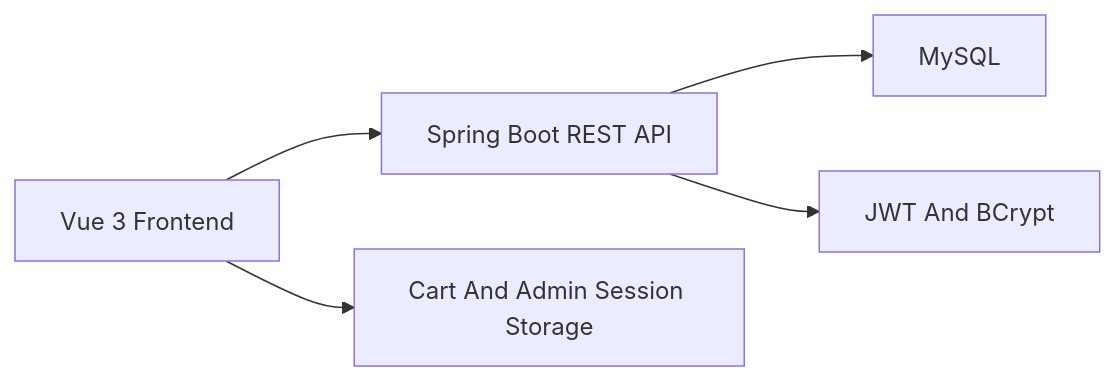
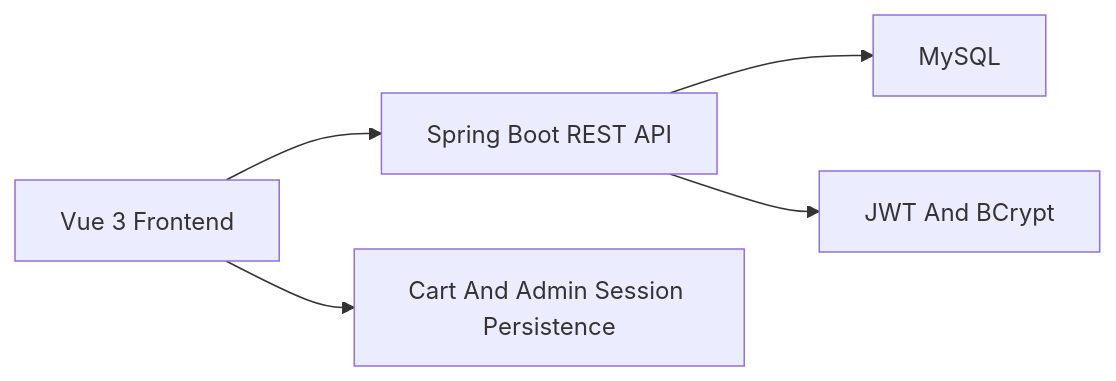
One commit to hannnnnnnny/novacart-ecommerce changed the diagram in docs/ARCHITECTURE.md. Above: the diagram before and after it, drawn with Mermaid. The commit also changed other lines of this file and 2 other files, not shown here.

````diff
--- a/docs/ARCHITECTURE.md
+++ b/docs/ARCHITECTURE.md
@@ -7,7 +7,7 @@
 ```mermaid
 flowchart LR
   Browser["Vue 3 Frontend"] --> Api["Spring Boot REST API"]
   Api --> Database["MySQL"]
   Api --> Security["JWT And BCrypt"]
-  Browser --> LocalStorage["Cart And Admin Session Storage"]
+  Browser --> BrowserPersistence["Cart And Admin Session Persistence"]
 ```
````
